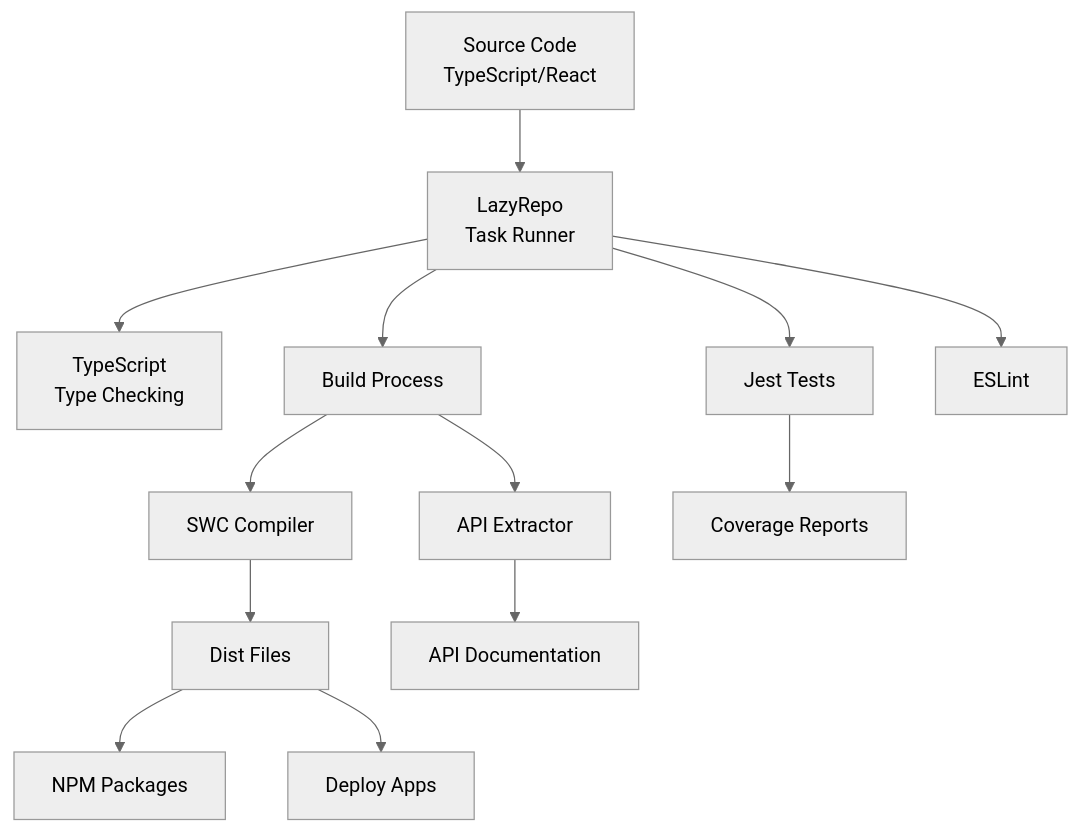
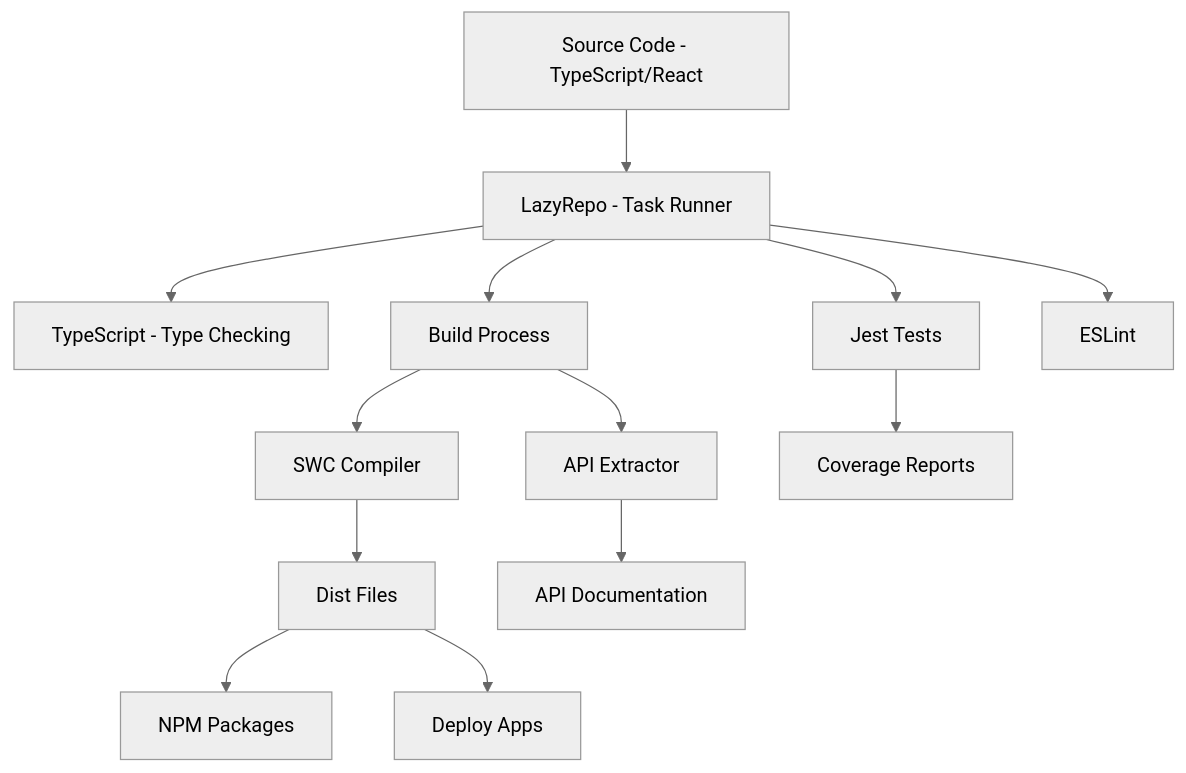
Before and after one commit to rysuds/tldraw: diagram 11 of 11 in architecture.md, drawn with Mermaid (neutral theme). The commit also changed other lines of this file, not shown here.

Commit message:
Refactor: Update architecture diagrams to use hyphens

````diff
--- a/architecture.md
+++ b/architecture.md
@@ -437,20 +437,20 @@
 ```mermaid
 flowchart TD
-    SOURCE[Source Code<br/>TypeScript/React] --> LAZY[LazyRepo<br/>Task Runner]
+    SOURCE[Source Code - TypeScript/React] --> LAZY[LazyRepo - Task Runner]
     
-    LAZY --> TYPECHECK[TypeScript<br/>Type Checking]
+    LAZY --> TYPECHECK[TypeScript - Type Checking]
     LAZY --> BUILD[Build Process]
     LAZY --> TEST[Jest Tests]
     LAZY --> LINT[ESLint]
     
     BUILD --> SWC[SWC Compiler]
     BUILD --> API_EXTRACT[API Extractor]
     
     SWC --> DIST[Dist Files]
     API_EXTRACT --> API_DOCS[API Documentation]
     
     TEST --> COVERAGE[Coverage Reports]
     
     DIST --> NPM[NPM Packages]
     DIST --> DEPLOY[Deploy Apps]
 ```
````
